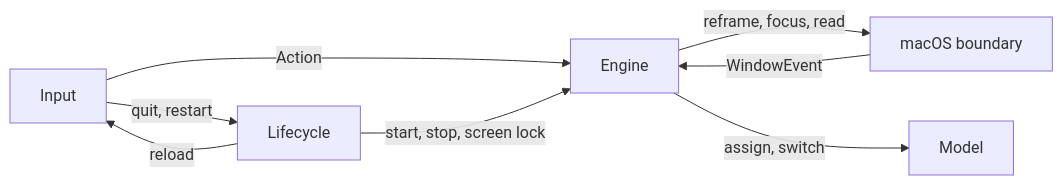
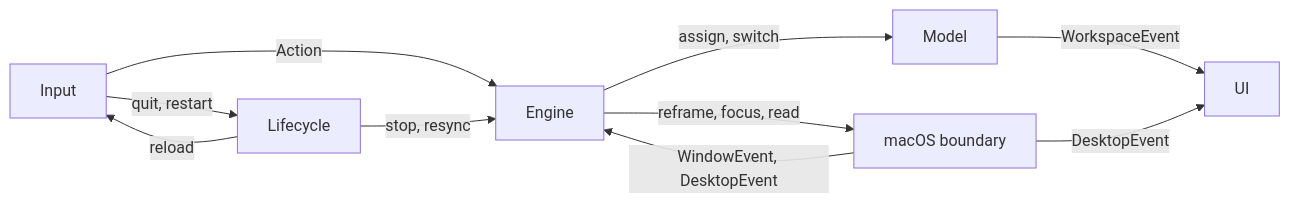
The third of 22 diagrams in ARCHITECTURE.md (brennovich/ottowm), drawn with Mermaid before and after one commit. The commit also changed other lines of this file, not shown here.

Commit message:
Re-structure ARCHITECTURE.md

````diff
--- a/ARCHITECTURE.md
+++ b/ARCHITECTURE.md
@@ -61,10 +79,12 @@
 ```mermaid
 flowchart LR
     Input -->|Action| Engine
     Input -->|quit, restart| Lifecycle
     Lifecycle -->|reload| Input
-    macOS["macOS boundary"] -->|WindowEvent| Engine
+    Lifecycle -->|stop, resync| Engine
+    macOS["macOS boundary"] -->|WindowEvent, DesktopEvent| Engine
     Engine -->|reframe, focus, read| macOS
     Engine -->|assign, switch| Model
-    Lifecycle -->|start, stop, screen lock| Engine
+    Model -->|WorkspaceEvent| UI
+    macOS -->|DesktopEvent| UI
 ```
````
